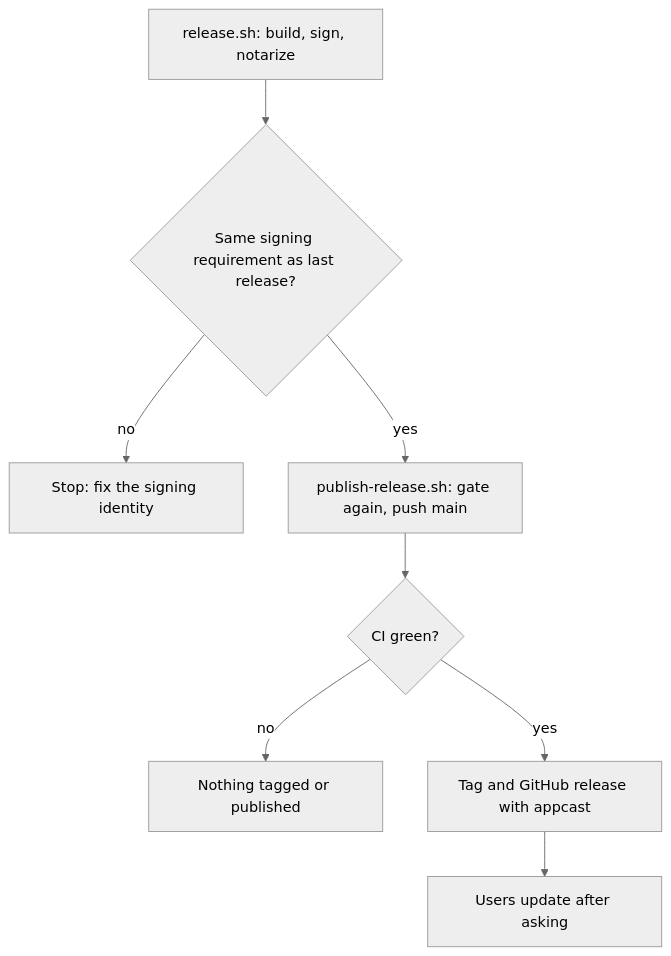
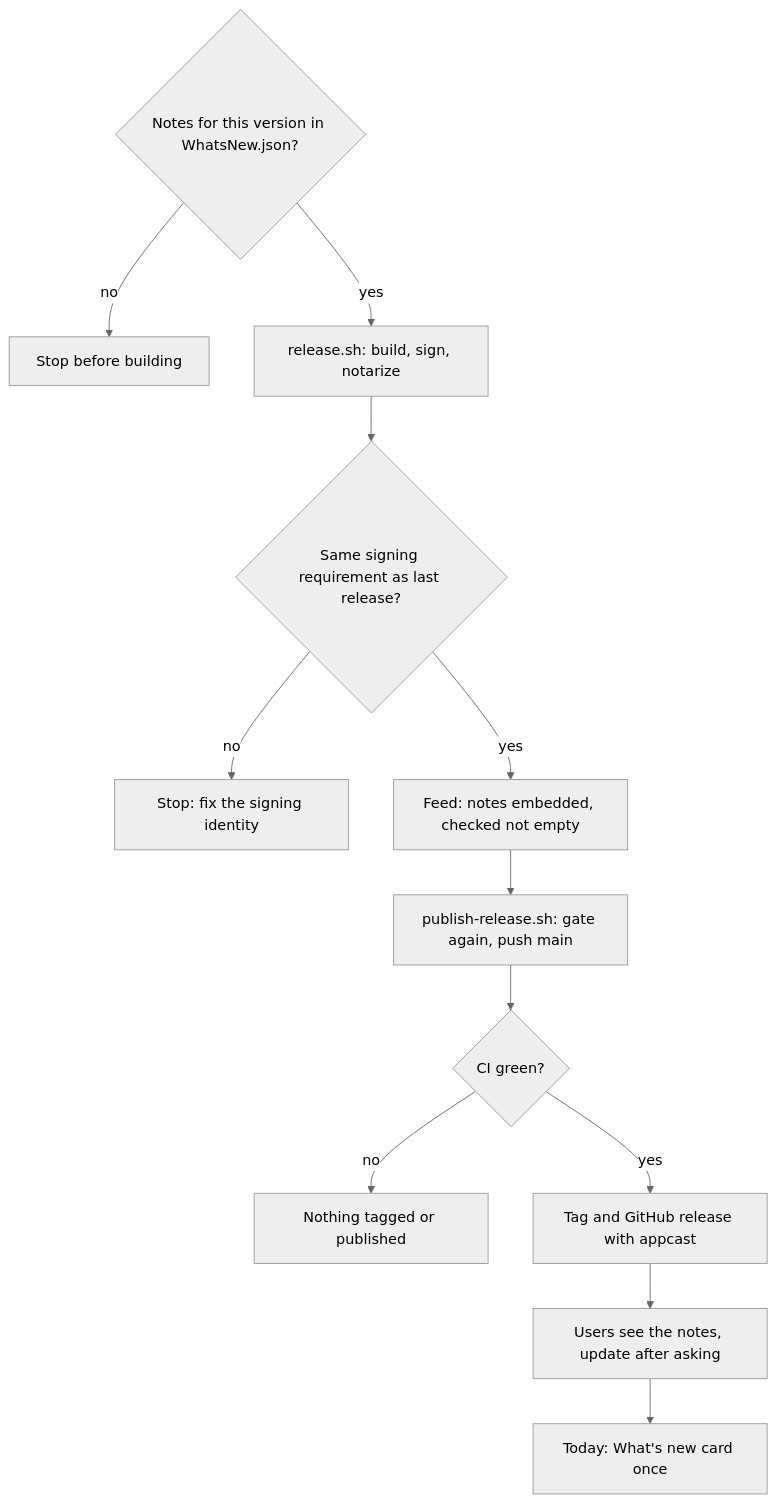
Before and after one commit to priyevsingh/hmunmawi: the diagram in docs/RELEASING.md, drawn with Mermaid (neutral theme). The commit also changed other lines of this file and 16 other files, not shown here.

First line of the commit message:
What's new card and release notes in the update window (1.5.4)

````diff
--- a/docs/RELEASING.md
+++ b/docs/RELEASING.md
@@ -57,10 +67,14 @@
 ```mermaid
 flowchart TD
-    B["release.sh: build, sign, notarize"] --> G{"Same signing requirement as last release?"}
+    W{"Notes for this version in WhatsNew.json?"} -->|no| WS["Stop before building"]
+    W -->|yes| B["release.sh: build, sign, notarize"]
+    B --> G{"Same signing requirement as last release?"}
     G -->|no| S["Stop: fix the signing identity"]
-    G -->|yes| P["publish-release.sh: gate again, push main"]
+    G -->|yes| F["Feed: notes embedded, checked not empty"]
+    F --> P["publish-release.sh: gate again, push main"]
     P --> C{"CI green?"}
     C -->|no| N["Nothing tagged or published"]
     C -->|yes| R["Tag and GitHub release with appcast"]
-    R --> U["Users update after asking"]
+    R --> U["Users see the notes, update after asking"]
+    U --> T["Today: What's new card once"]
 ```
````
